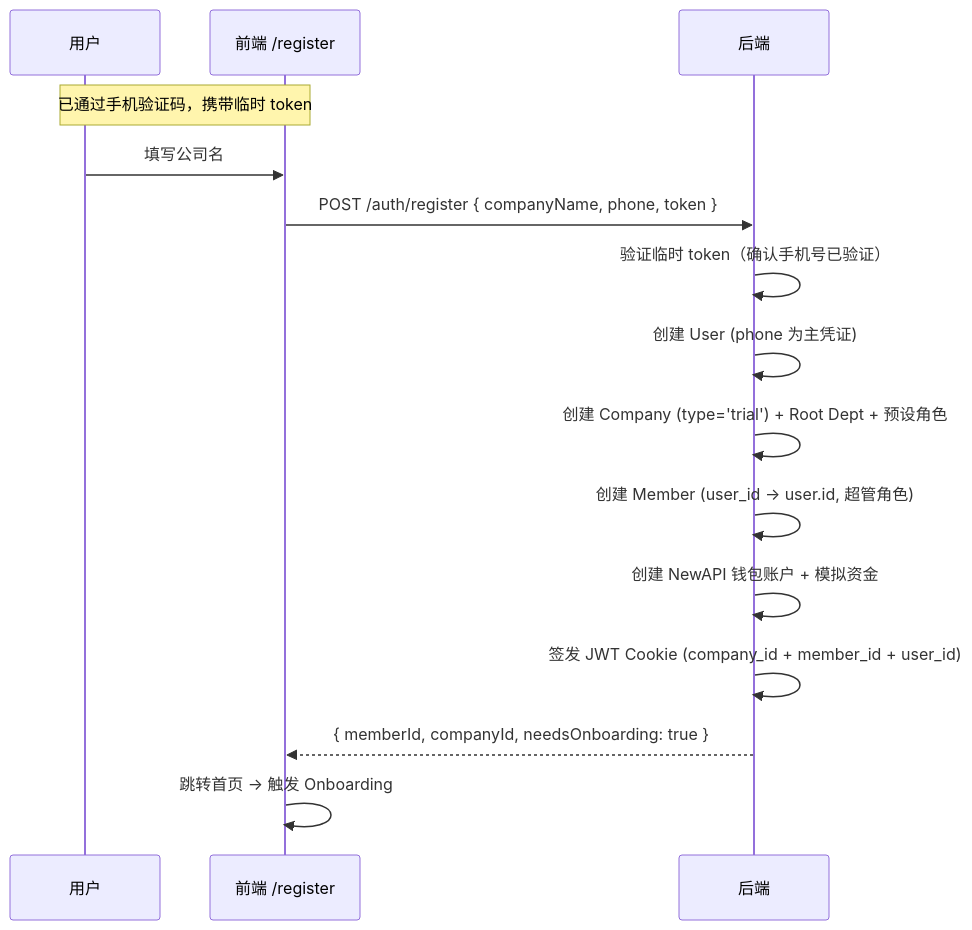
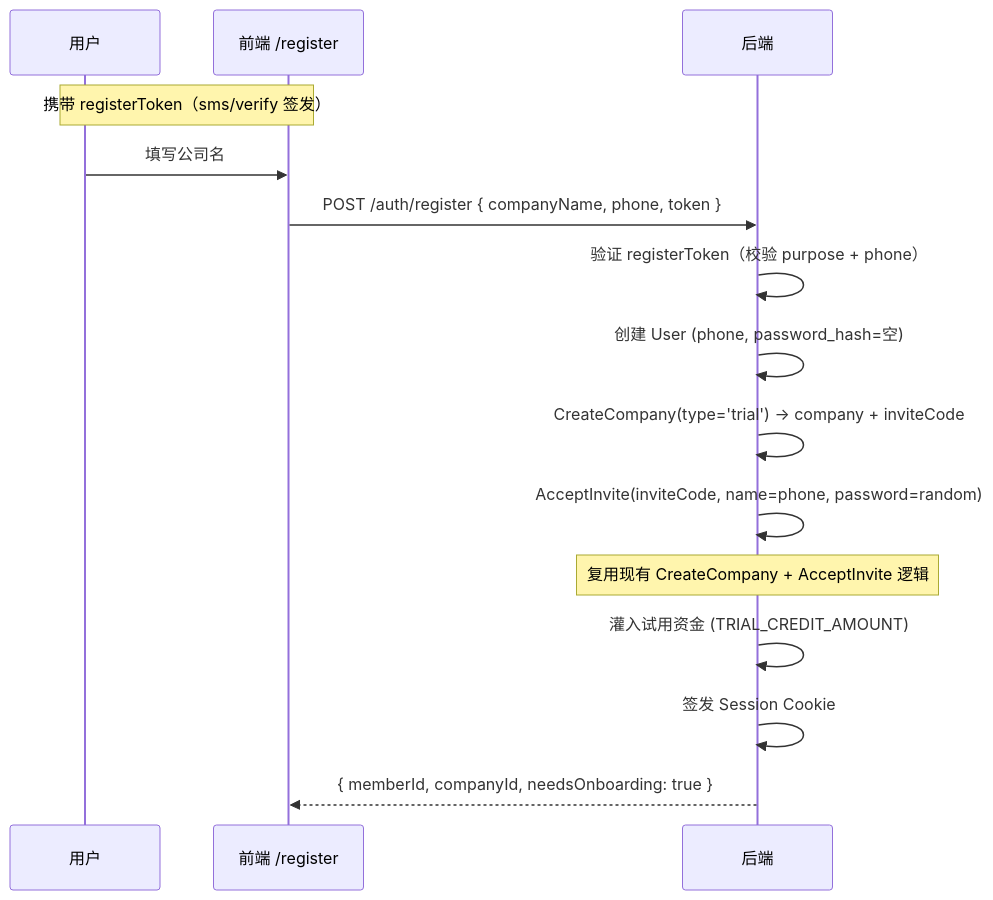
The fourth of 5 diagrams in docs/saas/登录注册方案设计.md (quyip8818/mytokenjoy), drawn with Mermaid before and after one commit. The commit also changed other lines of this file and 29 other files, not shown here.

````diff
--- a/docs/saas/登录注册方案设计.md
+++ b/docs/saas/登录注册方案设计.md
@@ -379,18 +180,18 @@
 ```mermaid
 sequenceDiagram
     participant U as 用户
     participant F as 前端 /register
     participant B as 后端
 
-    Note over U,F: 已通过手机验证码，携带临时 token
+    Note over U,F: 携带 registerToken（sms/verify 签发）
     U->>F: 填写公司名
     F->>B: POST /auth/register { companyName, phone, token }
-    B->>B: 验证临时 token（确认手机号已验证）
-    B->>B: 创建 User (phone 为主凭证)
-    B->>B: 创建 Company (type='trial') + Root Dept + 预设角色
-    B->>B: 创建 Member (user_id → user.id, 超管角色)
-    B->>B: 创建 NewAPI 钱包账户 + 模拟资金
-    B->>B: 签发 JWT Cookie (company_id + member_id + user_id)
+    B->>B: 验证 registerToken（校验 purpose + phone）
+    B->>B: 创建 User (phone, password_hash=空)
+    B->>B: CreateCompany(type='trial') → company + inviteCode
+    B->>B: AcceptInvite(inviteCode, name=phone, password=random)
+    Note over B: 复用现有 CreateCompany + AcceptInvite 逻辑
+    B->>B: 灌入试用资金 (TRIAL_CREDIT_AMOUNT)
+    B->>B: 签发 Session Cookie
     B-->>F: { memberId, companyId, needsOnboarding: true }
-    F->>F: 跳转首页 → 触发 Onboarding
 ```
````
